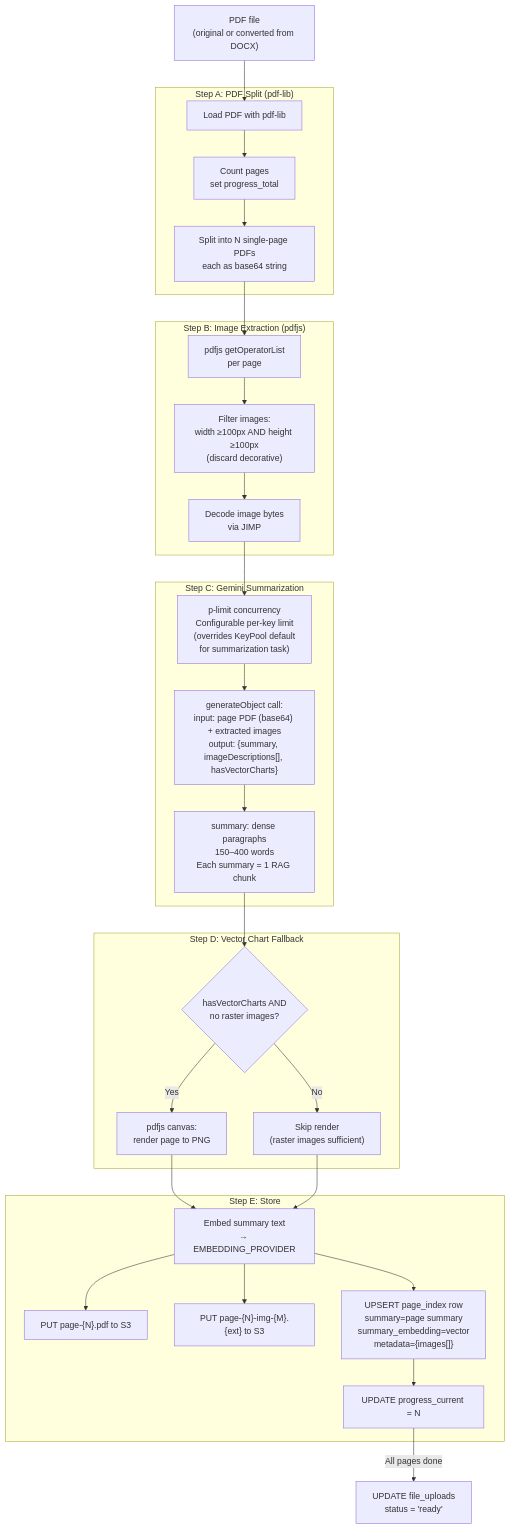
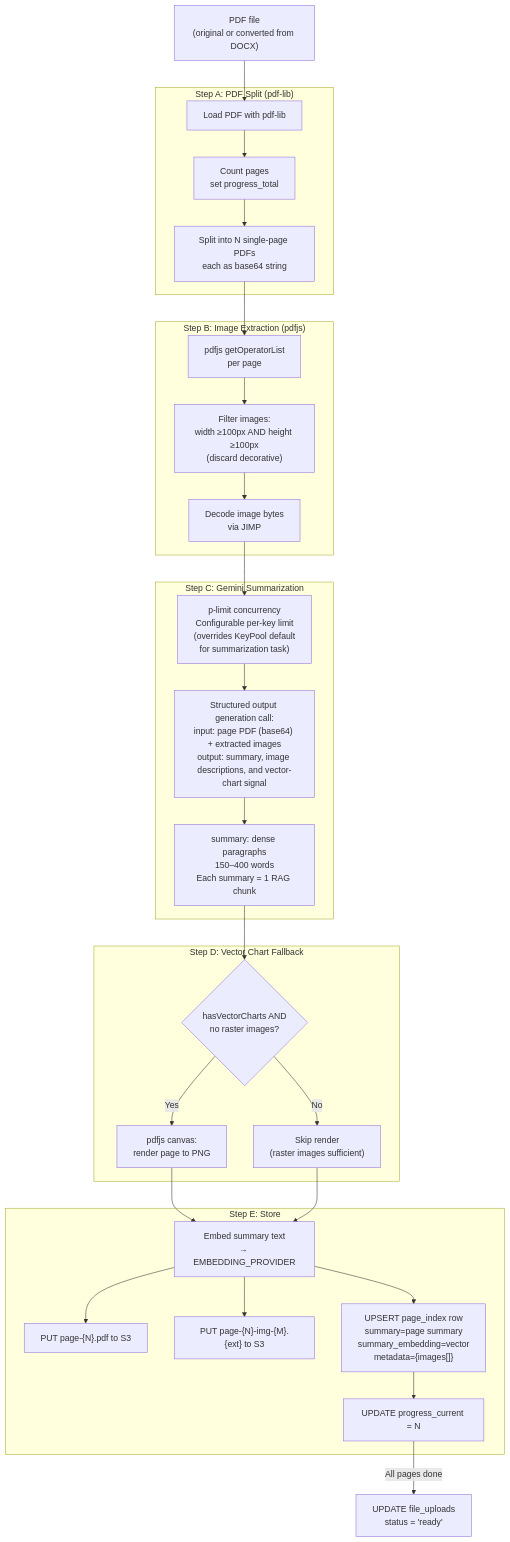
The fourth of 11 diagrams in plan/08-documents.md (1qh/safeagent), drawn with Mermaid before and after one commit. The commit also changed other lines of this file and 18 other files, not shown here.

````diff
--- a/plan/08-documents.md
+++ b/plan/08-documents.md
@@ -222,49 +222,49 @@
 ```mermaid
 flowchart TD
     PDF_INPUT["PDF file\n(original or converted from DOCX)"]
 
     subgraph STEP_A["Step A: PDF Split (pdf-lib)"]
         LOAD_PDF["Load PDF with pdf-lib"]
         COUNT_PAGES["Count pages\nset progress_total"]
         SPLIT_PAGES["Split into N single-page PDFs\neach as base64 string"]
     end
 
     subgraph STEP_B["Step B: Image Extraction (pdfjs)"]
         GET_OPS["pdfjs getOperatorList\nper page"]
         FILTER_IMGS["Filter images:\nwidth ≥100px AND height ≥100px\n(discard decorative)"]
         DECODE_IMGS["Decode image bytes\nvia JIMP"]
     end
 
     subgraph STEP_C["Step C: Gemini Summarization"]
         PLIMIT["p-limit concurrency\nConfigurable per-key limit\n(overrides KeyPool default\nfor summarization task)"]
-        GEMINI_CALL["generateObject call:\ninput: page PDF (base64) + extracted images\noutput: {summary, imageDescriptions[], hasVectorCharts}"]
+        GEMINI_CALL["Structured output generation call:\ninput: page PDF (base64) + extracted images\noutput: summary, image descriptions, and vector-chart signal"]
         DENSE_PARA["summary: dense paragraphs\n150–400 words\nEach summary = 1 RAG chunk"]
     end
 
     subgraph STEP_D["Step D: Vector Chart Fallback"]
         CHECK_VECTOR{hasVectorCharts AND\nno raster images?}
         RENDER_PNG["pdfjs canvas:\nrender page to PNG"]
         SKIP_RENDER["Skip render\n(raster images sufficient)"]
     end
 
     subgraph STEP_E["Step E: Store"]
         EMBED_SUMMARY["Embed summary text\n→ EMBEDDING_PROVIDER"]
         STORAGE_SINGLE_PAGE_PDF["PUT page-{N}.pdf to S3"]
         STORAGE_EXTRACTED_IMAGES["PUT page-{N}-img-{M}.{ext} to S3"]
         INSERT_IDX["UPSERT page_index row\nsummary=page summary\nsummary_embedding=vector\nmetadata={images[]}"]
         UPDATE_PROGRESS["UPDATE progress_current = N"]
     end
 
     STATUS_READY["UPDATE file_uploads\nstatus = 'ready'"]
 
     PDF_INPUT --> LOAD_PDF --> COUNT_PAGES --> SPLIT_PAGES
     SPLIT_PAGES --> GET_OPS --> FILTER_IMGS --> DECODE_IMGS
     DECODE_IMGS --> PLIMIT --> GEMINI_CALL --> DENSE_PARA
     DENSE_PARA --> CHECK_VECTOR
     CHECK_VECTOR -->|"Yes"| RENDER_PNG --> EMBED_SUMMARY
     CHECK_VECTOR -->|"No"| SKIP_RENDER --> EMBED_SUMMARY
     EMBED_SUMMARY --> STORAGE_SINGLE_PAGE_PDF
     EMBED_SUMMARY --> STORAGE_EXTRACTED_IMAGES
     EMBED_SUMMARY --> INSERT_IDX --> UPDATE_PROGRESS
     UPDATE_PROGRESS -->|"All pages done"| STATUS_READY
 ```
````
